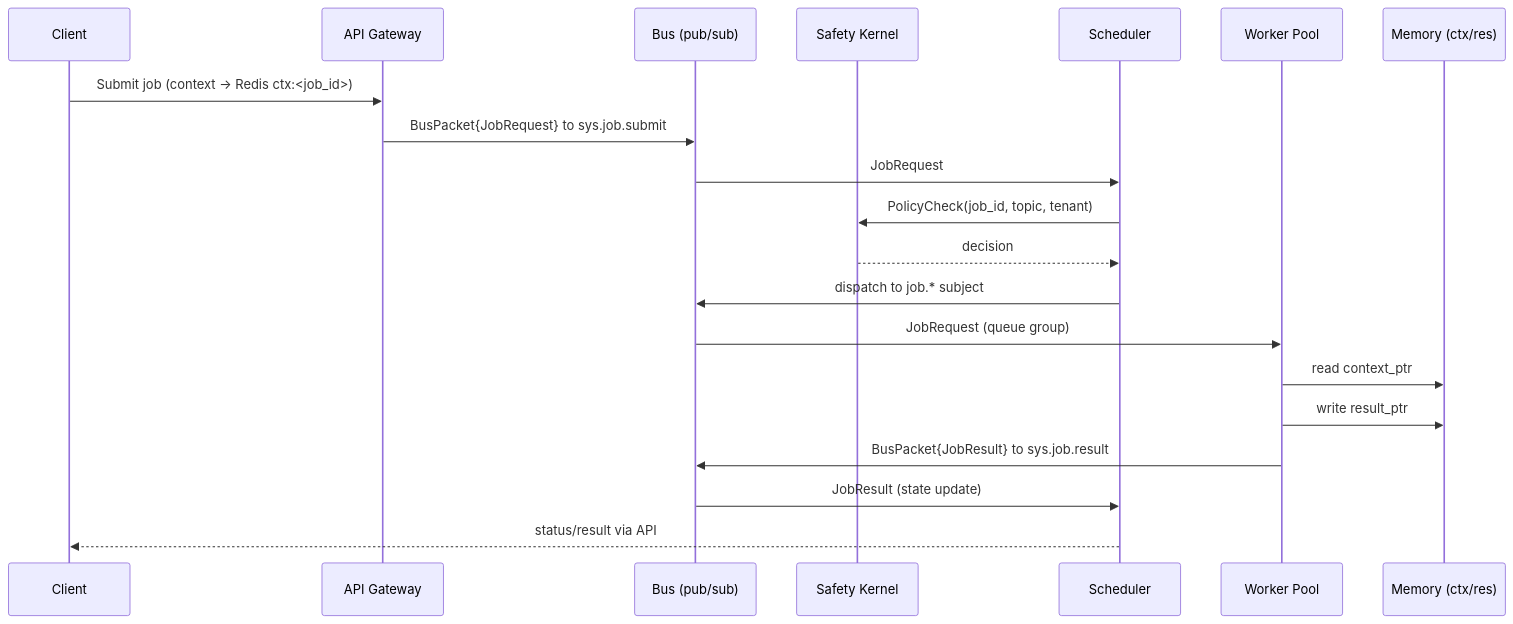
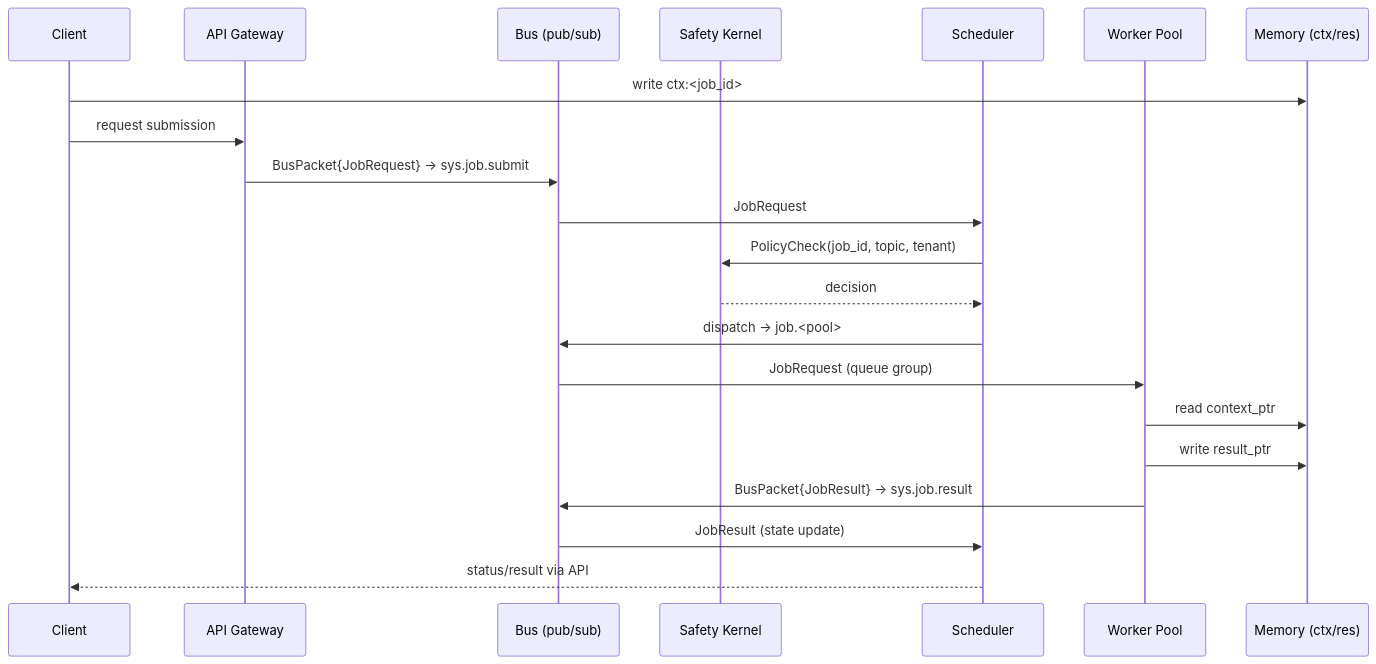
The second of 2 diagrams in README.md (coretexos/cap), drawn with Mermaid before and after one commit. The commit also changed other lines of this file and 34 other files, not shown here.

````diff
--- a/README.md
+++ b/README.md
@@ -11,23 +29,24 @@
 ```mermaid
 sequenceDiagram
     participant Client
     participant API as API Gateway
     participant Bus as Bus (pub/sub)
     participant Safety as Safety Kernel
     participant Sched as Scheduler
     participant Worker as Worker Pool
     participant Redis as Memory (ctx/res)
 
-    Client->>API: Submit job (context -> Redis ctx:<job_id>)
-    API->>Bus: BusPacket{JobRequest} to sys.job.submit
+    Client->>Redis: write ctx:<job_id>
+    Client->>API: request submission
+    API->>Bus: BusPacket{JobRequest} -> sys.job.submit
     Bus->>Sched: JobRequest
     Sched->>Safety: PolicyCheck(job_id, topic, tenant)
     Safety-->>Sched: decision
-    Sched->>Bus: dispatch to job.* subject
+    Sched->>Bus: dispatch -> job.<pool>
     Bus->>Worker: JobRequest (queue group)
     Worker->>Redis: read context_ptr
     Worker->>Redis: write result_ptr
-    Worker->>Bus: BusPacket{JobResult} to sys.job.result
+    Worker->>Bus: BusPacket{JobResult} -> sys.job.result
     Bus->>Sched: JobResult (state update)
     Sched-->>Client: status/result via API
 ```
````
